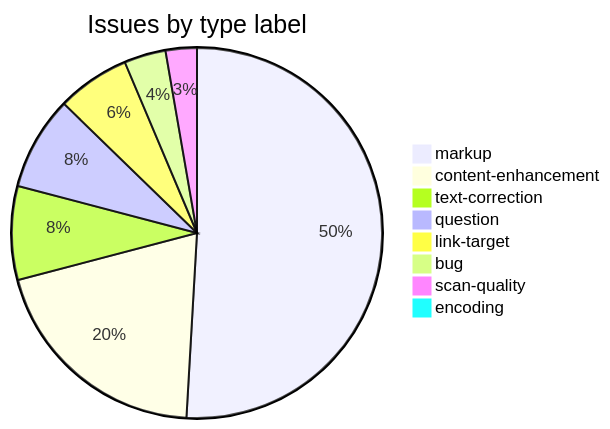
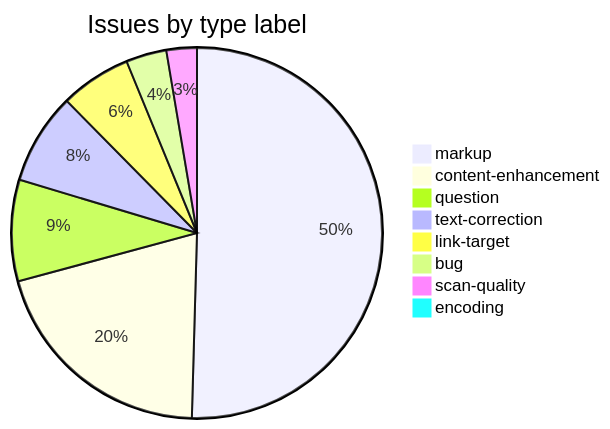
The third of 3 diagrams in readme.md (sanskrit-lexicon/PWK), drawn with Mermaid before and after one commit. The commit also changed other lines of this file, not shown here.

````diff
--- a/readme.md
+++ b/readme.md
@@ -97,11 +96,11 @@
 ```mermaid
 pie title Issues by type label
-    "markup" : 56
-    "content-enhancement" : 22
+    "markup" : 57
+    "content-enhancement" : 23
+    "question" : 10
     "text-correction" : 9
-    "question" : 9
     "link-target" : 7
     "bug" : 4
     "scan-quality" : 3
     "encoding" : 1
 ```
````
